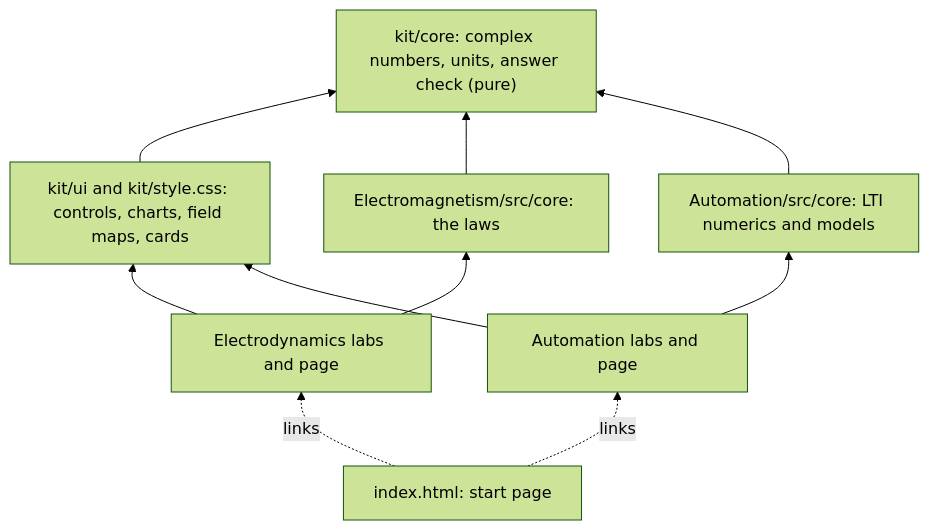
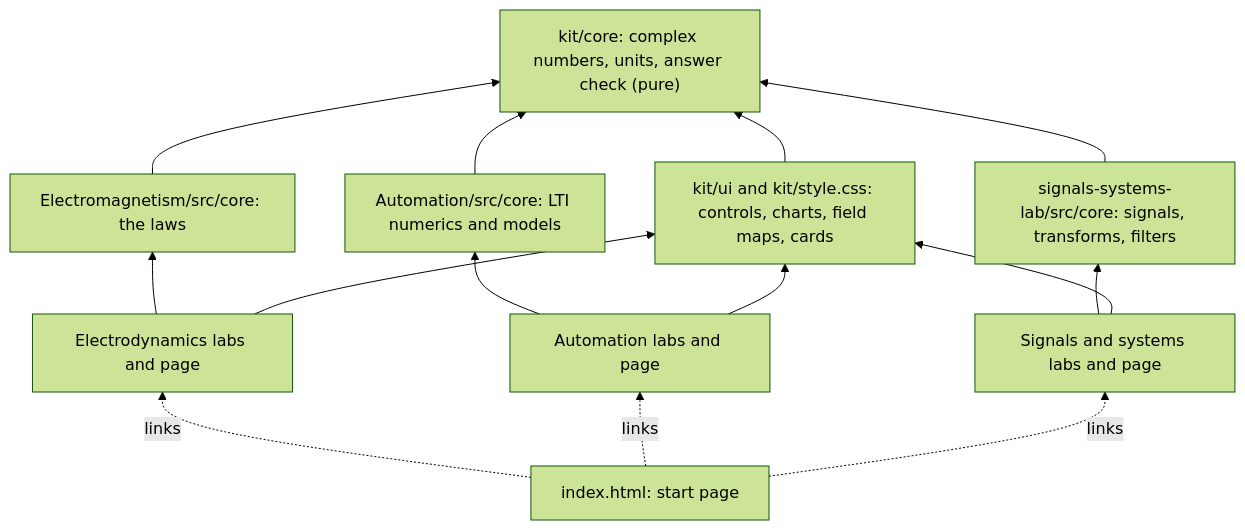
One commit to Abdulhamid-Baghdadi/bachelor-lectures-aid-kit changed the diagram in README.md. Above: the diagram before and after it, drawn with Mermaid (forest theme). The commit also changed other lines of this file and 46 other files, not shown here.

First line of the commit message:
Take in the Signals and Systems Lab on the shared kit

````diff
--- a/README.md
+++ b/README.md
@@ -44,19 +43,25 @@
 ```mermaid
 flowchart BT
   kc["kit/core: complex numbers, units, answer check (pure)"]
   ku["kit/ui and kit/style.css: controls, charts, field maps, cards"]
   ec["Electromagnetism/src/core: the laws"]
   ac["Automation/src/core: LTI numerics and models"]
+  sc["signals-systems-lab/src/core: signals, transforms, filters"]
   el["Electrodynamics labs and page"]
   al["Automation labs and page"]
+  sl["Signals and systems labs and page"]
   start["index.html: start page"]
   ku --> kc
   ec --> kc
   ac --> kc
+  sc --> kc
   el --> ec
   el --> ku
   al --> ac
   al --> ku
+  sl --> sc
+  sl --> ku
   start -. links .-> el
   start -. links .-> al
+  start -. links .-> sl
 ```
````
